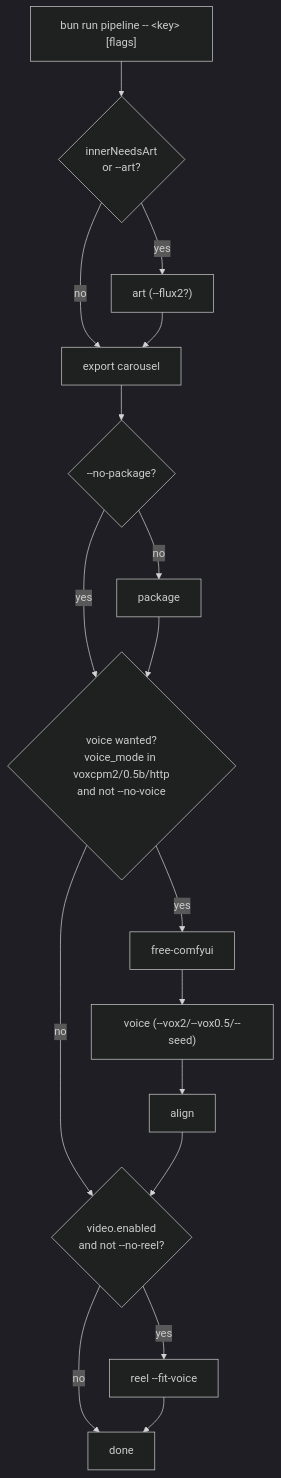
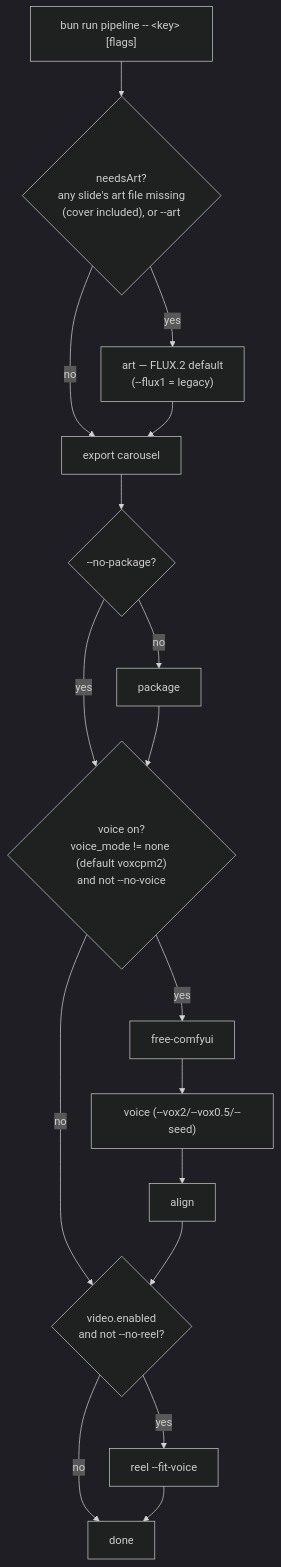
The fourth of 4 diagrams in renderer/docs/PIPELINE_ARCHITECTURE.md (jondmarien/ai-ugc-pipeline), drawn with Mermaid (dark theme) before and after one commit. The commit also changed other lines of this file and 1 other file, not shown here.

First line of the commit message:
docs: sync architecture docs with current defaults (FLUX.2, voice-on, cover auto-gen)

````diff
--- a/renderer/docs/PIPELINE_ARCHITECTURE.md
+++ b/renderer/docs/PIPELINE_ARCHITECTURE.md
@@ -107,19 +107,19 @@
 ```mermaid
 flowchart TD
-    K["bun run pipeline -- &lt;key&gt; [flags]"] --> A{"innerNeedsArt<br/>or --art?"}
-    A -- yes --> ART["art (--flux2?)"]
+    K["bun run pipeline -- &lt;key&gt; [flags]"] --> A{"needsArt?<br/>any slide's art file missing<br/>(cover included), or --art"}
+    A -- yes --> ART["art — FLUX.2 default<br/>(--flux1 = legacy)"]
     A -- no --> EXP["export carousel"]
     ART --> EXP
     EXP --> PKG{"--no-package?"}
     PKG -- no --> P2["package"]
-    PKG -- yes --> VQ{"voice wanted?<br/>voice_mode in voxcpm2/0.5b/http<br/>and not --no-voice"}
+    PKG -- yes --> VQ{"voice on?<br/>voice_mode != none (default voxcpm2)<br/>and not --no-voice"}
     P2 --> VQ
     VQ -- yes --> FC["free-comfyui"]
     FC --> VO["voice (--vox2/--vox0.5/--seed)"]
     VO --> AL["align"]
     VQ -- no --> RQ{"video.enabled<br/>and not --no-reel?"}
     AL --> RQ
     RQ -- yes --> RE["reel --fit-voice"]
     RQ -- no --> DONE["done"]
     RE --> DONE
 ```
````
